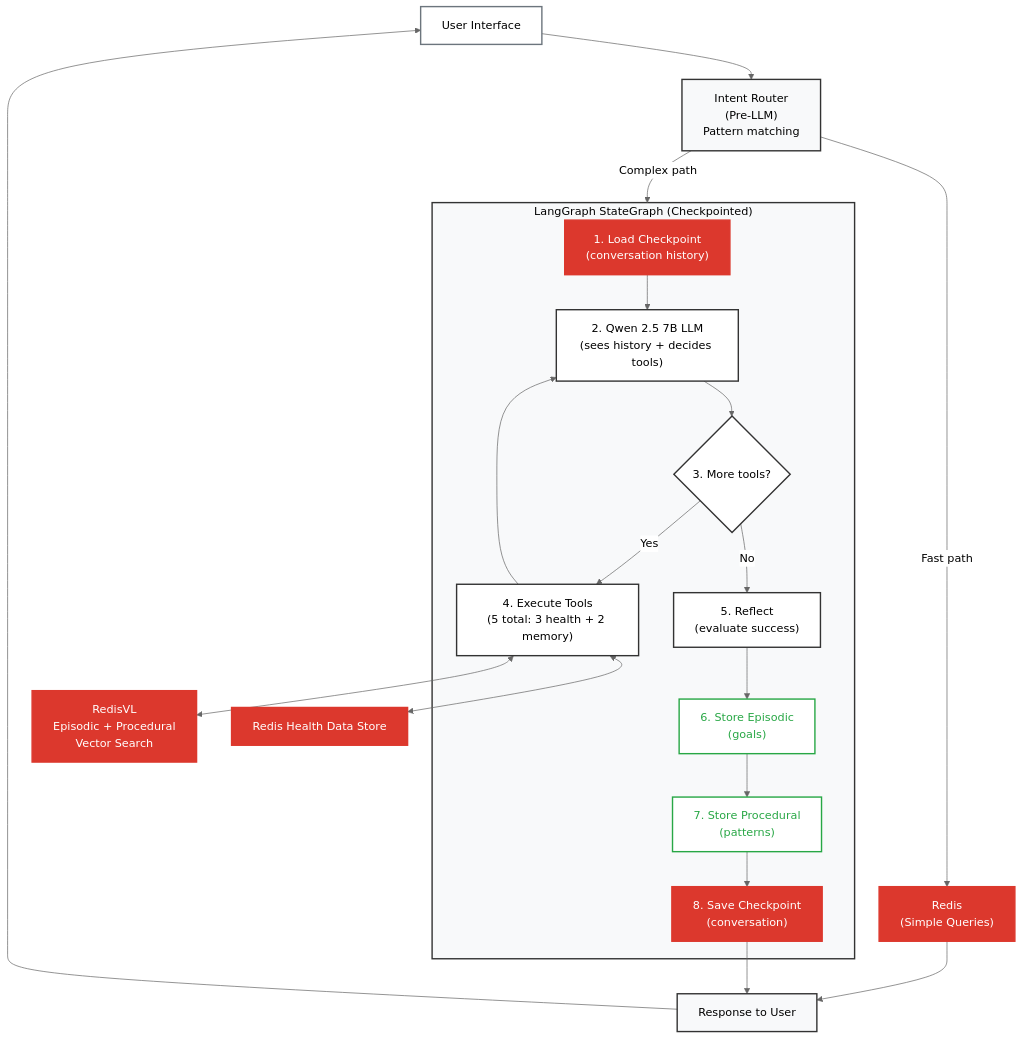
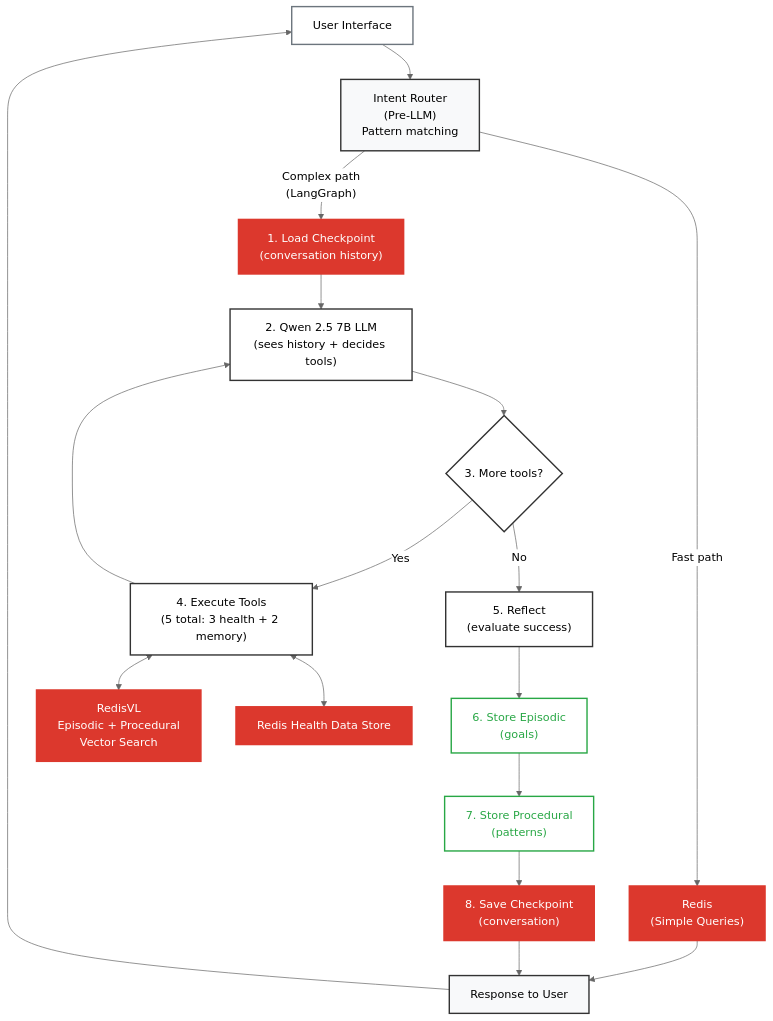
Before and after one commit to AllieRays/redis-wellness: the second of 2 diagrams in docs/05_STATELESS_VS_STATEFUL_COMPARISON.md, drawn with Mermaid (neutral theme). The commit also changed 3 other files, not shown here.

````diff
--- a/docs/05_STATELESS_VS_STATEFUL_COMPARISON.md
+++ b/docs/05_STATELESS_VS_STATEFUL_COMPARISON.md
@@ -58,55 +58,49 @@
 ```mermaid
 flowchart TB
     UI["User Interface"]
     Router["Intent Router<br/>(Pre-LLM)<br/>Pattern matching"]
     Simple["Redis<br/>(Simple Queries)"]
-    
-    subgraph LangGraph["LangGraph StateGraph (Checkpointed)"]
-        Load["1. Load Checkpoint<br/>(conversation history)"]
-        LLM["2. Qwen 2.5 7B LLM<br/>(sees history + decides tools)"]
-        ToolDecision{"3. More tools?"}
-        Tools["4. Execute Tools<br/>(5 total: 3 health + 2 memory)"]
-        Reflect["5. Reflect<br/>(evaluate success)"]
-        StoreEpi["6. Store Episodic<br/>(goals)"]
-        StoreProc["7. Store Procedural<br/>(patterns)"]
-        SaveCheck["8. Save Checkpoint<br/>(conversation)"]
-        
-        Load --> LLM
-        LLM --> ToolDecision
-        ToolDecision -->|Yes| Tools
-        ToolDecision -->|No| Reflect
-        Tools --> LLM
-        Reflect --> StoreEpi
-        StoreEpi --> StoreProc
-        StoreProc --> SaveCheck
-    end
-    
+    Load["1. Load Checkpoint<br/>(conversation history)"]
+    LLM["2. Qwen 2.5 7B LLM<br/>(sees history + decides tools)"]
+    ToolDecision{"3. More tools?"}
+    Tools["4. Execute Tools<br/>(5 total: 3 health + 2 memory)"]
+    Reflect["5. Reflect<br/>(evaluate success)"]
+    StoreEpi["6. Store Episodic<br/>(goals)"]
+    StoreProc["7. Store Procedural<br/>(patterns)"]
+    SaveCheck["8. Save Checkpoint<br/>(conversation)"]
     RedisVL["RedisVL<br/>Episodic + Procedural<br/>Vector Search"]
     RedisData["Redis Health Data Store"]
     Response["Response to User"]
 
     UI --> Router
     Router -->|"Fast path"| Simple
-    Router -->|"Complex path"| LangGraph
+    Router -->|"Complex path<br/>(LangGraph)"| Load
     Simple --> Response
+    Load --> LLM
+    LLM --> ToolDecision
+    ToolDecision -->|Yes| Tools
+    ToolDecision -->|No| Reflect
+    Tools --> LLM
+    Reflect --> StoreEpi
+    StoreEpi --> StoreProc
+    StoreProc --> SaveCheck
     Tools <--> RedisVL
     Tools <--> RedisData
     SaveCheck --> Response
     Response --> UI
 
     style UI fill:#fff,stroke:#6c757d,stroke-width:2px,color:#000
     style Router fill:#f8f9fa,stroke:#333,stroke-width:2px,color:#000
     style Simple fill:#dc382d,stroke:#dc382d,stroke-width:2px,color:#fff
-    style LangGraph fill:#f8f9fa,stroke:#333,stroke-width:2px,color:#000
     style Load fill:#dc382d,stroke:#dc382d,stroke-width:2px,color:#fff
     style LLM fill:#fff,stroke:#333,stroke-width:2px,color:#000
     style ToolDecision fill:#fff,stroke:#333,stroke-width:2px,color:#000
     style Tools fill:#fff,stroke:#333,stroke-width:2px,color:#000
     style Reflect fill:#fff,stroke:#333,stroke-width:2px,color:#000
     style StoreEpi fill:#fff,stroke:#28a745,stroke-width:2px,color:#28a745
     style StoreProc fill:#fff,stroke:#28a745,stroke-width:2px,color:#28a745
     style SaveCheck fill:#dc382d,stroke:#dc382d,stroke-width:2px,color:#fff
     style RedisVL fill:#dc382d,stroke:#dc382d,stroke-width:2px,color:#fff
     style RedisData fill:#dc382d,stroke:#dc382d,stroke-width:2px,color:#fff
     style Response fill:#f8f9fa,stroke:#333,stroke-width:2px,color:#000
 ```
````
